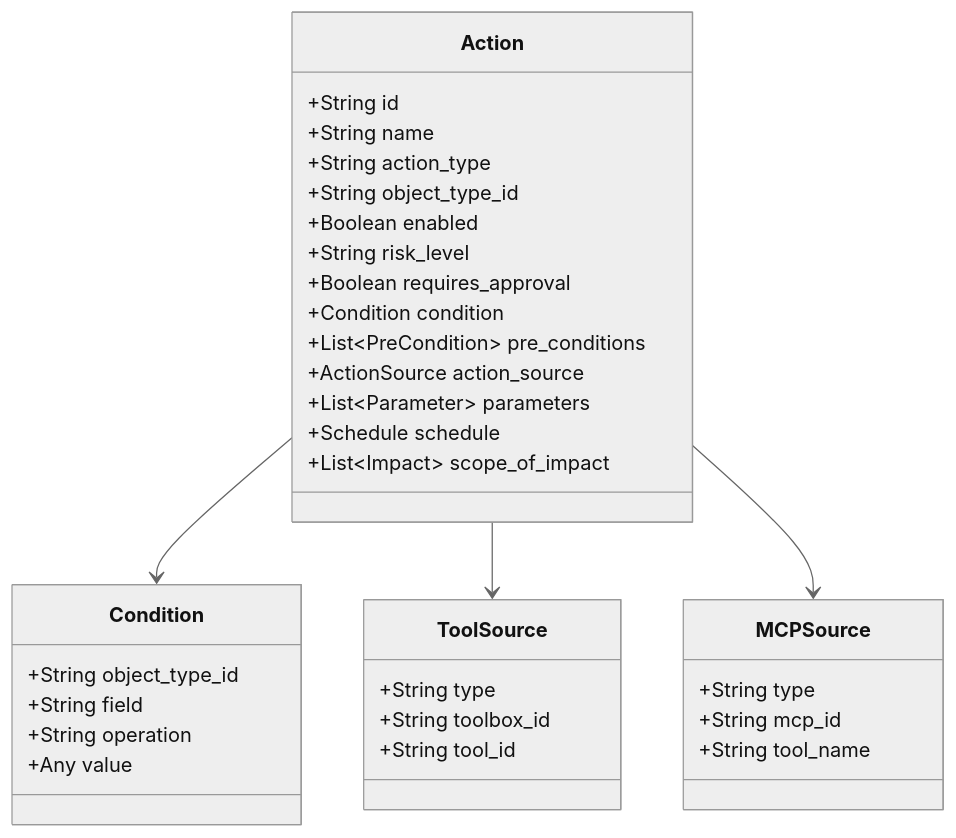
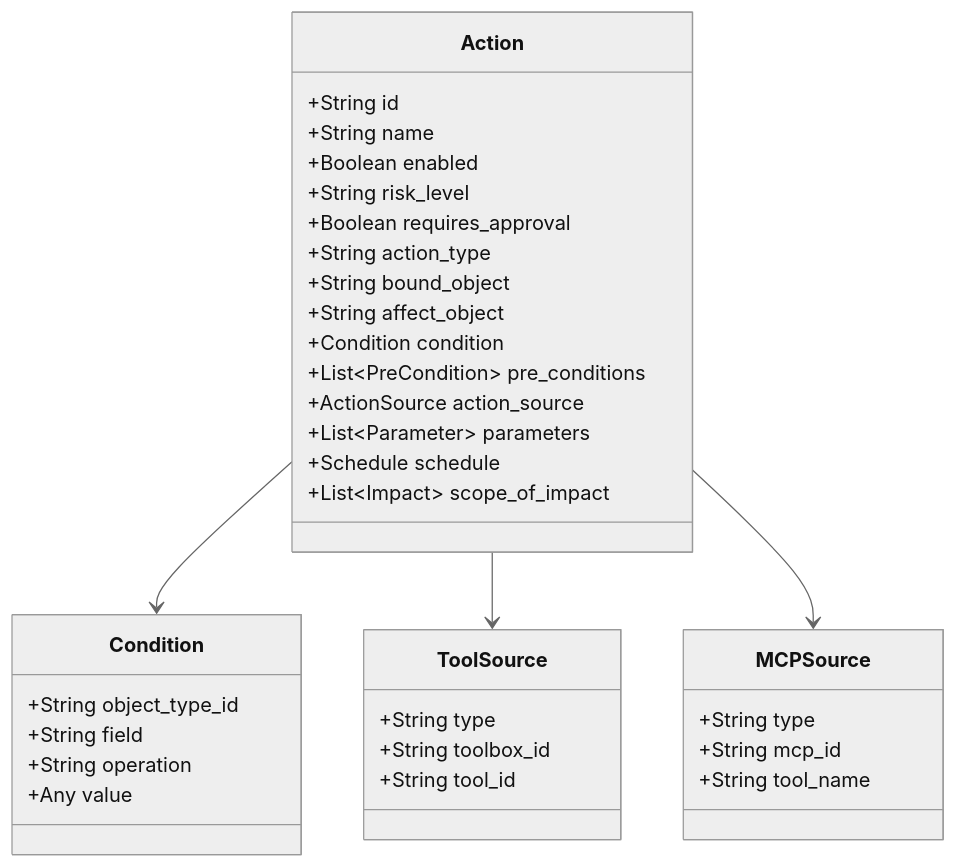
Before and after one commit to hhthxt/bkn-specification: the fifth of 6 diagrams in docs/ARCHITECTURE.md, drawn with Mermaid (neutral theme). The commit also changed 19 other files, not shown here.

````diff
--- a/docs/ARCHITECTURE.md
+++ b/docs/ARCHITECTURE.md
@@ -169,41 +169,42 @@
 ```mermaid
 classDiagram
     class Action {
         +String id
         +String name
-        +String action_type
-        +String object_type_id
         +Boolean enabled
         +String risk_level
         +Boolean requires_approval
+        +String action_type
+        +String bound_object
+        +String affect_object
         +Condition condition
         +List~PreCondition~ pre_conditions
         +ActionSource action_source
         +List~Parameter~ parameters
         +Schedule schedule
         +List~Impact~ scope_of_impact
     }
 
     class Condition {
         +String object_type_id
         +String field
         +String operation
         +Any value
     }
 
     class ToolSource {
         +String type
         +String toolbox_id
         +String tool_id
     }
 
     class MCPSource {
         +String type
         +String mcp_id
         +String tool_name
     }
 
     Action --> Condition
     Action --> ToolSource
     Action --> MCPSource
 ```
````
